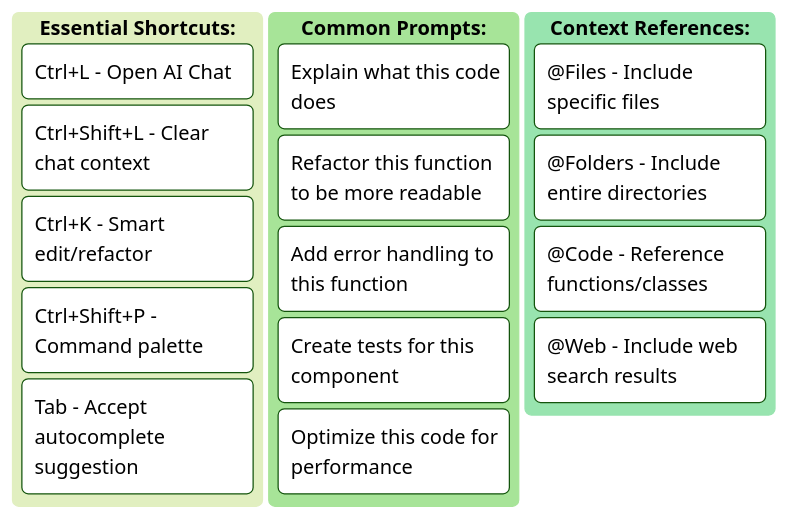
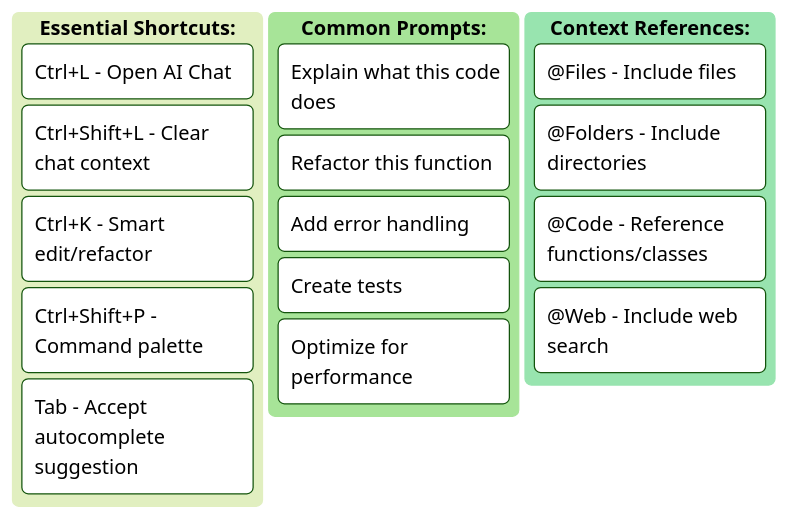
The second of 2 diagrams in _posts/2025-08-23-cursor-pro-zero-expert.md (sumahiremath/buildtales), drawn with Mermaid (forest theme) before and after one commit. The commit also changed other lines of this file, not shown here.

````diff
--- a/_posts/2025-08-23-cursor-pro-zero-expert.md
+++ b/_posts/2025-08-23-cursor-pro-zero-expert.md
@@ -184,20 +123,20 @@
 ```mermaid
 kanban
   **Essential Shortcuts:**
     ["Ctrl+L - Open AI Chat"]
     ["Ctrl+Shift+L - Clear chat context"]
     ["Ctrl+K - Smart edit/refactor"]
     ["Ctrl+Shift+P - Command palette"]
     ["Tab - Accept autocomplete suggestion"]
   **Common Prompts:**
     ["Explain what this code does"]
-    ["Refactor this function to be more readable"]
-    ["Add error handling to this function"]
-    ["Create tests for this component"]
-    ["Optimize this code for performance"]
+    ["Refactor this function"]
+    ["Add error handling"]
+    ["Create tests"]
+    ["Optimize for performance"]
   **Context References:**
-    ["@Files - Include specific files"]
-    ["@Folders - Include entire directories"]
+    ["@Files - Include files"]
+    ["@Folders - Include directories"]
     ["@Code - Reference functions/classes"]
-    ["@Web - Include web search results"]
+    ["@Web - Include web search"]
 ```
````
